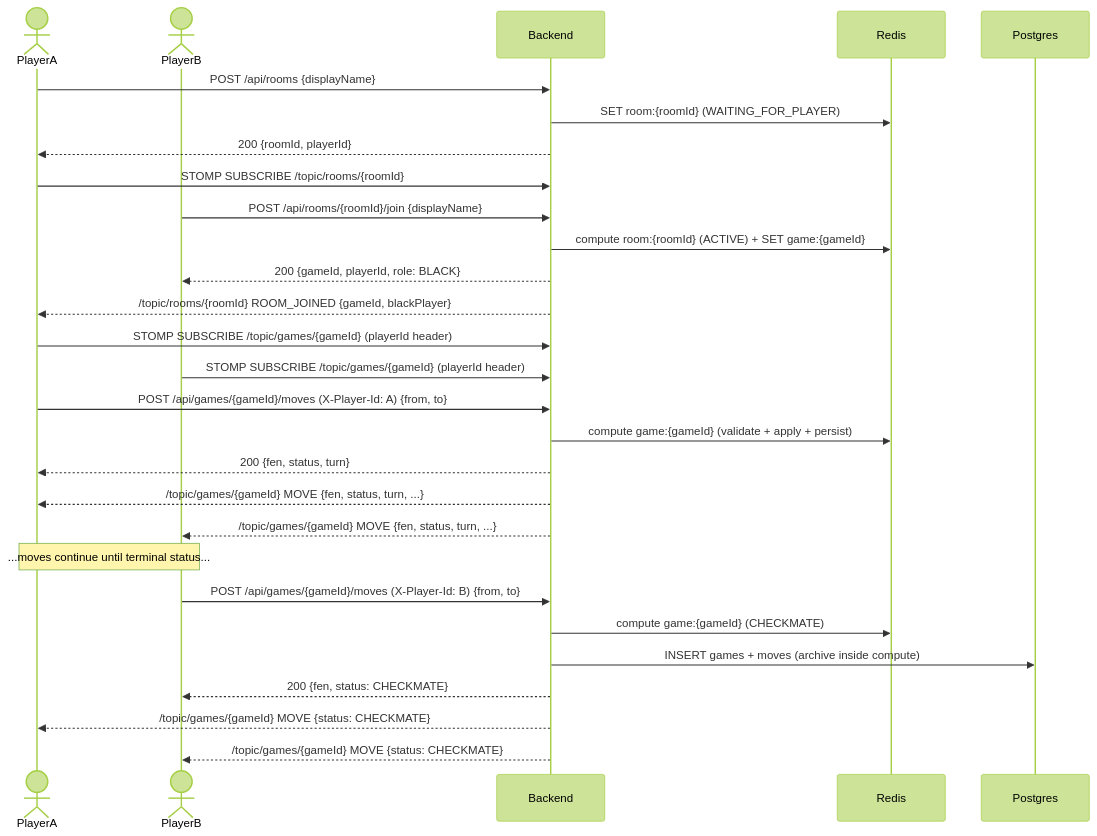
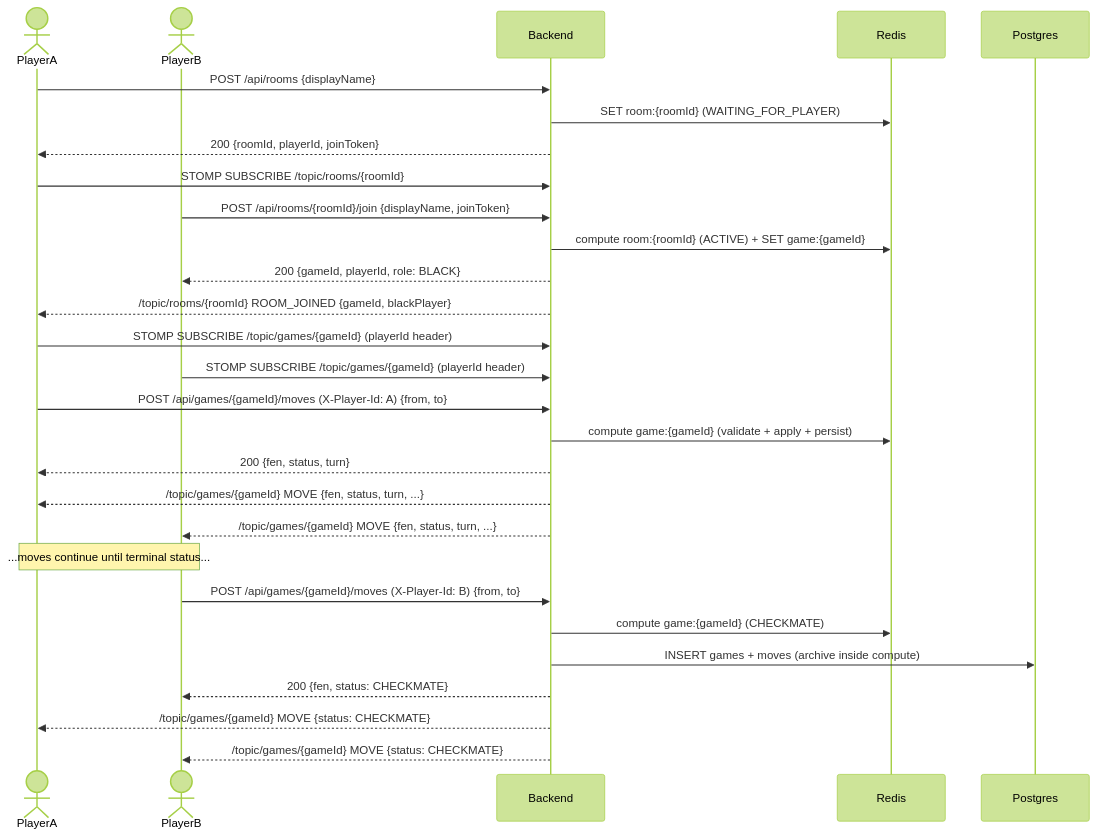
The second of 2 diagrams in README.md (dariogguillen/chess-backend-java), drawn with Mermaid (forest theme) before and after one commit. The commit also changed other lines of this file and 27 other files, not shown here.

Commit message:
feat: room access token

````diff
--- a/README.md
+++ b/README.md
@@ -64,36 +64,36 @@
 ```mermaid
 sequenceDiagram
     actor PlayerA
     actor PlayerB
     participant Backend
     participant Redis
     participant Postgres
 
     PlayerA->>Backend: POST /api/rooms {displayName}
     Backend->>Redis: SET room:{roomId} (WAITING_FOR_PLAYER)
-    Backend-->>PlayerA: 200 {roomId, playerId}
+    Backend-->>PlayerA: 200 {roomId, playerId, joinToken}
     PlayerA->>Backend: STOMP SUBSCRIBE /topic/rooms/{roomId}
 
-    PlayerB->>Backend: POST /api/rooms/{roomId}/join {displayName}
+    PlayerB->>Backend: POST /api/rooms/{roomId}/join {displayName, joinToken}
     Backend->>Redis: compute room:{roomId} (ACTIVE) + SET game:{gameId}
     Backend-->>PlayerB: 200 {gameId, playerId, role: BLACK}
     Backend-->>PlayerA: /topic/rooms/{roomId} ROOM_JOINED {gameId, blackPlayer}
 
     PlayerA->>Backend: STOMP SUBSCRIBE /topic/games/{gameId} (playerId header)
     PlayerB->>Backend: STOMP SUBSCRIBE /topic/games/{gameId} (playerId header)
 
     PlayerA->>Backend: POST /api/games/{gameId}/moves (X-Player-Id: A) {from, to}
     Backend->>Redis: compute game:{gameId} (validate + apply + persist)
     Backend-->>PlayerA: 200 {fen, status, turn}
     Backend-->>PlayerA: /topic/games/{gameId} MOVE {fen, status, turn, ...}
     Backend-->>PlayerB: /topic/games/{gameId} MOVE {fen, status, turn, ...}
 
     Note over PlayerA,PlayerB: ...moves continue until terminal status...
 
     PlayerB->>Backend: POST /api/games/{gameId}/moves (X-Player-Id: B) {from, to}
     Backend->>Redis: compute game:{gameId} (CHECKMATE)
     Backend->>Postgres: INSERT games + moves (archive inside compute)
     Backend-->>PlayerB: 200 {fen, status: CHECKMATE}
     Backend-->>PlayerA: /topic/games/{gameId} MOVE {status: CHECKMATE}
     Backend-->>PlayerB: /topic/games/{gameId} MOVE {status: CHECKMATE}
 ```
````
